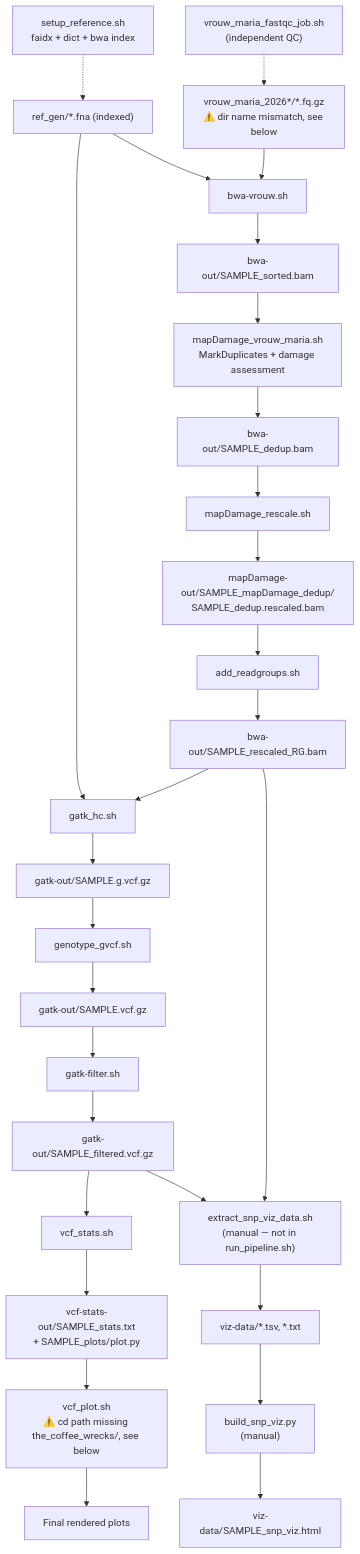
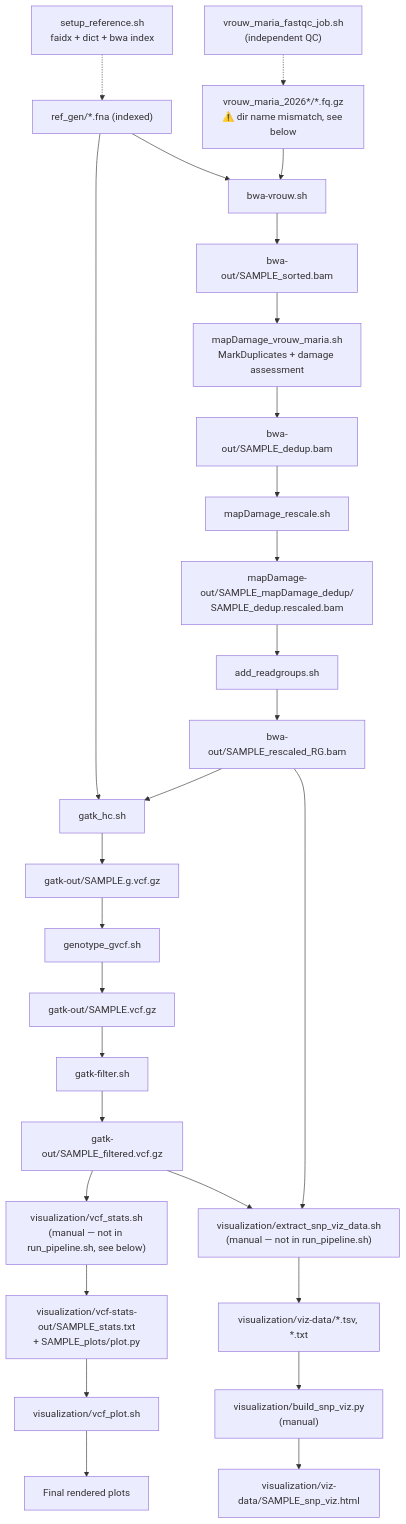
Before and after one commit to waahtoeerp/the_coffee_wrecks: the diagram in PIPELINE.md, drawn with Mermaid. The commit also changed other lines of this file and 18 other files, not shown here.

````diff
--- a/PIPELINE.md
+++ b/PIPELINE.md
@@ -5,30 +5,30 @@
 ```mermaid
 flowchart TD
     S["setup_reference.sh\nfaidx + dict + bwa index"] -.-> REF["ref_gen/*.fna (indexed)"]
     Z["vrouw_maria_fastqc_job.sh\n(independent QC)"] -.-> RAW["vrouw_maria_2026*/*.fq.gz\n⚠️ dir name mismatch, see below"]
     REF --> A["bwa-vrouw.sh"]
     RAW --> A
     A --> B["bwa-out/SAMPLE_sorted.bam"]
     B --> C["mapDamage_vrouw_maria.sh\nMarkDuplicates + damage assessment"]
     C --> D["bwa-out/SAMPLE_dedup.bam"]
     D --> E["mapDamage_rescale.sh"]
     E --> F["mapDamage-out/SAMPLE_mapDamage_dedup/\nSAMPLE_dedup.rescaled.bam"]
     F --> G["add_readgroups.sh"]
     G --> H["bwa-out/SAMPLE_rescaled_RG.bam"]
     REF --> I
     H --> I["gatk_hc.sh"]
     I --> J["gatk-out/SAMPLE.g.vcf.gz"]
     J --> K["genotype_gvcf.sh"]
     K --> L["gatk-out/SAMPLE.vcf.gz"]
     L --> M["gatk-filter.sh"]
     M --> N["gatk-out/SAMPLE_filtered.vcf.gz"]
-    N --> O["vcf_stats.sh"]
-    O --> P["vcf-stats-out/SAMPLE_stats.txt\n+ SAMPLE_plots/plot.py"]
-    P --> Q["vcf_plot.sh\n⚠️ cd path missing the_coffee_wrecks/, see below"]
+    N --> O["visualization/vcf_stats.sh\n(manual — not in run_pipeline.sh, see below)"]
+    O --> P["visualization/vcf-stats-out/SAMPLE_stats.txt\n+ SAMPLE_plots/plot.py"]
+    P --> Q["visualization/vcf_plot.sh"]
     Q --> R["Final rendered plots"]
-    N --> X["extract_snp_viz_data.sh\n(manual — not in run_pipeline.sh)"]
+    N --> X["visualization/extract_snp_viz_data.sh\n(manual — not in run_pipeline.sh)"]
     H --> X
-    X --> Y["viz-data/*.tsv, *.txt"]
-    Y --> W["build_snp_viz.py\n(manual)"]
-    W --> V["viz-data/SAMPLE_snp_viz.html"]
+    X --> Y["visualization/viz-data/*.tsv, *.txt"]
+    Y --> W["visualization/build_snp_viz.py\n(manual)"]
+    W --> V["visualization/viz-data/SAMPLE_snp_viz.html"]
 ```
````
